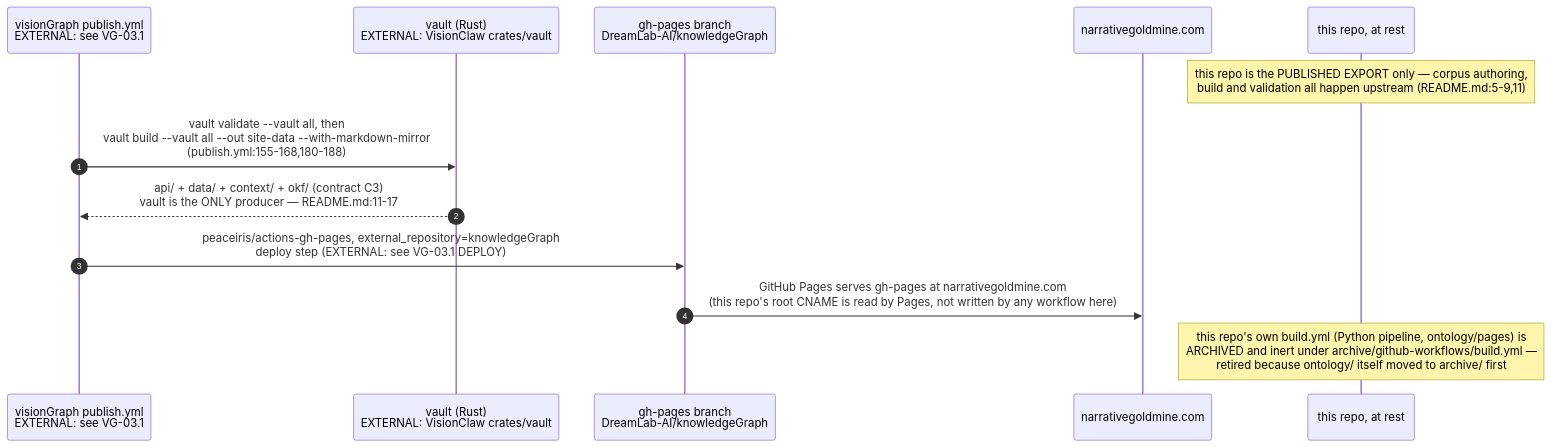
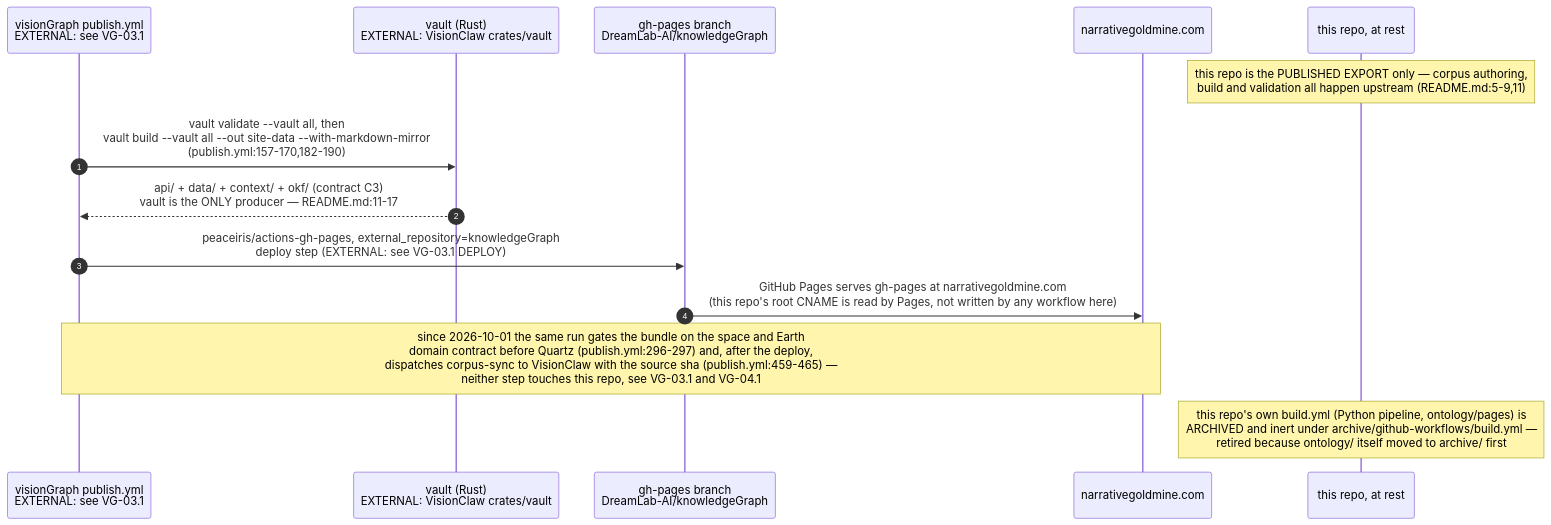
Before and after one commit to DreamLab-AI/VisionFlow: the first of 2 diagrams in docs/diagrams/knowledgegraph/05-ci-cd-and-publish.md, drawn with Mermaid. The commit also changed other lines of this file and 94 other files, not shown here.

First line of the commit message:
docs(diagrams): re-verify 130 topics against 2 October HEADs

````diff
--- a/docs/diagrams/knowledgegraph/05-ci-cd-and-publish.md
+++ b/docs/diagrams/knowledgegraph/05-ci-cd-and-publish.md
@@ -18,16 +18,17 @@
 ```mermaid
 sequenceDiagram
     autonumber
     participant VG as visionGraph publish.yml<br/>EXTERNAL: see VG-03.1
     participant VAULT as vault (Rust)<br/>EXTERNAL: VisionClaw crates/vault
     participant PAGES as gh-pages branch<br/>DreamLab-AI/knowledgeGraph
     participant SITE as narrativegoldmine.com
     participant THIS as this repo, at rest
 
     Note over THIS: this repo is the PUBLISHED EXPORT only — corpus authoring,<br/>build and validation all happen upstream (README.md:5-9,11)
-    VG->>VAULT: vault validate --vault all, then<br/>vault build --vault all --out site-data --with-markdown-mirror<br/>(publish.yml:155-168,180-188)
+    VG->>VAULT: vault validate --vault all, then<br/>vault build --vault all --out site-data --with-markdown-mirror<br/>(publish.yml:157-170,182-190)
     VAULT-->>VG: api/ + data/ + context/ + okf/ (contract C3)<br/>vault is the ONLY producer — README.md:11-17
     VG->>PAGES: peaceiris/actions-gh-pages, external_repository=knowledgeGraph<br/>deploy step (EXTERNAL: see VG-03.1 DEPLOY)
     PAGES->>SITE: GitHub Pages serves gh-pages at narrativegoldmine.com<br/>(this repo's root CNAME is read by Pages, not written by any workflow here)
+    Note over VG,SITE: since 2026-10-01 the same run gates the bundle on the space and Earth<br/>domain contract before Quartz (publish.yml:296-297) and, after the deploy,<br/>dispatches corpus-sync to VisionClaw with the source sha (publish.yml:459-465) —<br/>neither step touches this repo, see VG-03.1 and VG-04.1
     Note over THIS: this repo's own build.yml (Python pipeline, ontology/pages) is<br/>ARCHIVED and inert under archive/github-workflows/build.yml —<br/>retired because ontology/ itself moved to archive/ first
 ```
````
